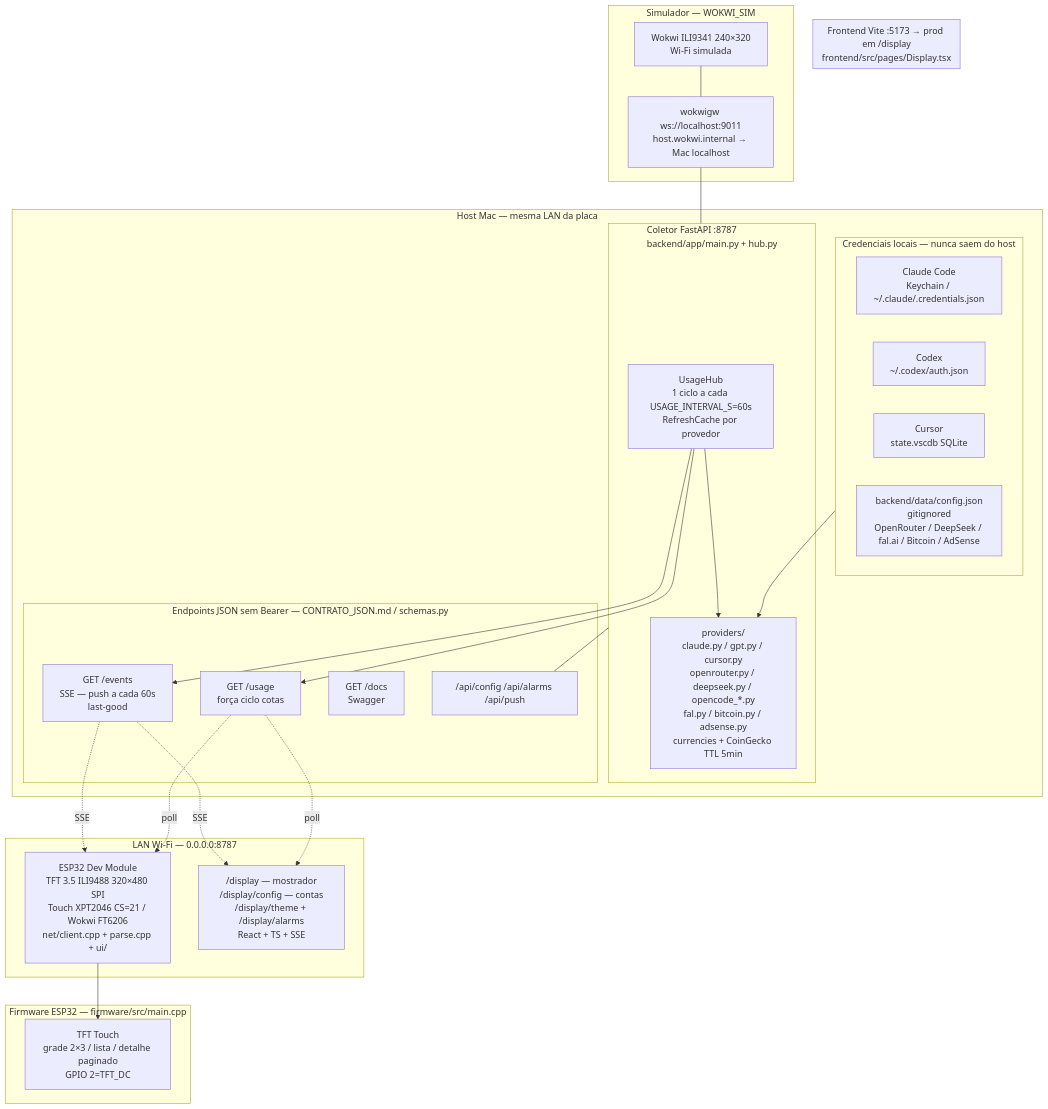
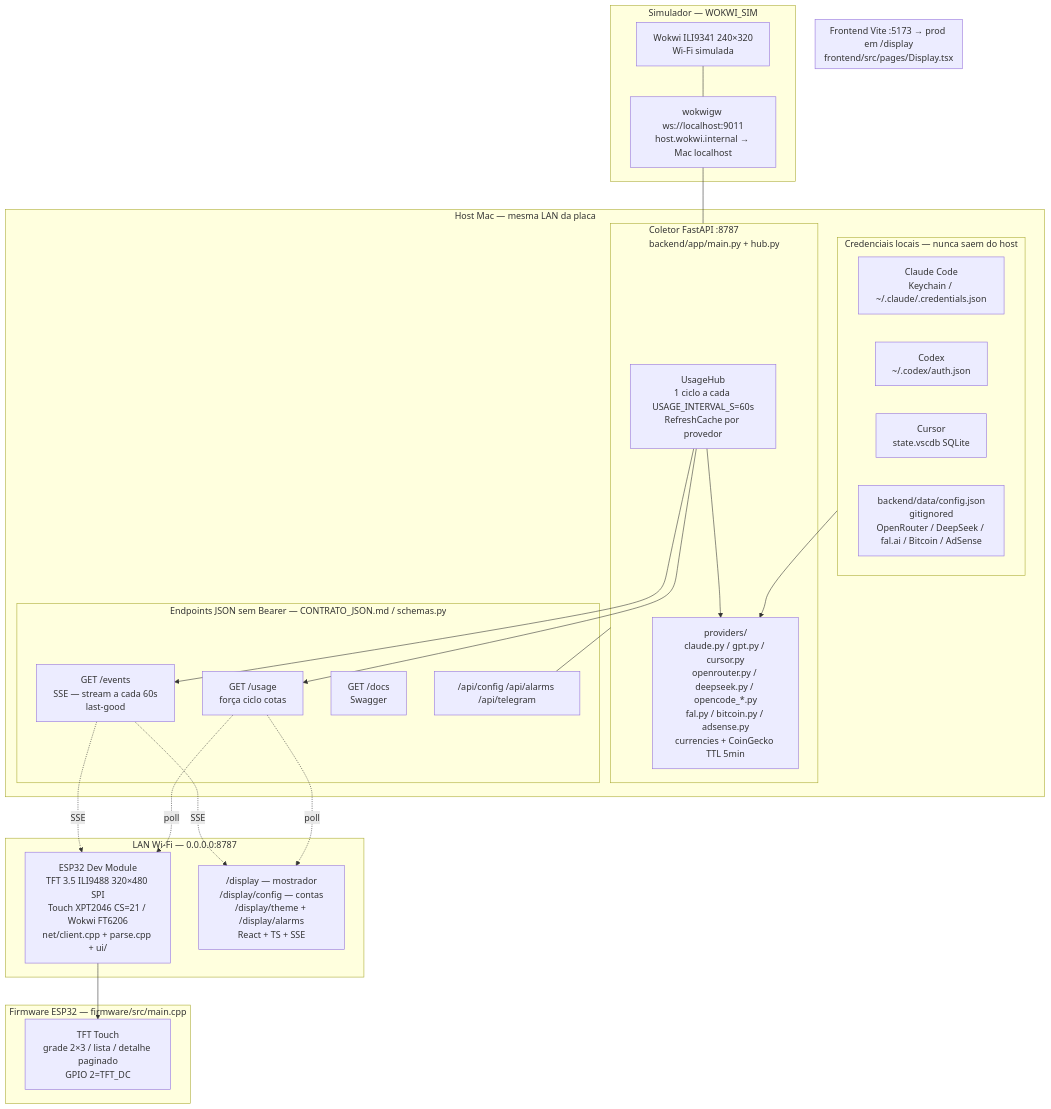
One commit to TrindadeBRA/vigia-ai changed the diagram in .agents/ARQUITETURA.md. Above: the diagram before and after it, drawn with Mermaid. The commit also changed 37 other files, not shown here.

First line of the commit message:
feat: transition from Web Push to Telegram for alarm notifications

````diff
--- a/.agents/ARQUITETURA.md
+++ b/.agents/ARQUITETURA.md
@@ -15,51 +15,51 @@
 ```mermaid
 flowchart TB
     subgraph Host["Host Mac — mesma LAN da placa"]
         subgraph Credenciais["Credenciais locais — nunca saem do host"]
             C1["Claude Code<br/>Keychain / ~/.claude/.credentials.json"]
             C2["Codex<br/>~/.codex/auth.json"]
             C3["Cursor<br/>state.vscdb SQLite"]
             C4["backend/data/config.json<br/>gitignored<br/>OpenRouter / DeepSeek / fal.ai / Bitcoin / AdSense"]
         end
 
         subgraph Coletor["Coletor FastAPI :8787<br/>backend/app/main.py + hub.py"]
             Hub["UsageHub<br/>1 ciclo a cada USAGE_INTERVAL_S=60s<br/>RefreshCache por provedor"]
             Providers["providers/<br/>claude.py / gpt.py / cursor.py<br/>openrouter.py / deepseek.py / opencode_*.py<br/>fal.py / bitcoin.py / adsense.py<br/>currencies + CoinGecko TTL 5min"]
             Hub --> Providers
         end
 
         Credenciais --> Providers
 
         subgraph Endpoints["Endpoints JSON sem Bearer — CONTRATO_JSON.md / schemas.py"]
-            E1["GET /events<br/>SSE — push a cada 60s<br/>last-good"]
+            E1["GET /events<br/>SSE — stream a cada 60s<br/>last-good"]
             E2["GET /usage<br/>força ciclo cotas"]
             E3["GET /docs<br/>Swagger"]
-            E4["/api/config /api/alarms /api/push"]
+            E4["/api/config /api/alarms /api/telegram"]
         end
         Hub --> E1 & E2
         Coletor --- E4
     end
 
     subgraph LAN["LAN Wi-Fi — 0.0.0.0:8787"]
         E1 -. SSE .-> FW
         E1 -. SSE .-> WEB
         E2 -. poll .-> FW
         E2 -. poll .-> WEB
     end
 
     subgraph Frontend["Frontend Vite :5173 → prod em /display<br/>frontend/src/pages/Display.tsx"]
         WEB["/display — mostrador<br/>/display/config — contas<br/>/display/theme + /display/alarms<br/>React + TS + SSE"]
     end
 
     subgraph Firmware["Firmware ESP32 — firmware/src/main.cpp"]
         FW["ESP32 Dev Module<br/>TFT 3.5 ILI9488 320×480 SPI<br/>Touch XPT2046 CS=21 / Wokwi FT6206<br/>net/client.cpp + parse.cpp + ui/"]
         TFT["TFT Touch<br/>grade 2×3 / lista / detalhe paginado<br/>GPIO 2=TFT_DC"]
         FW --> TFT
     end
 
     subgraph Wokwi["Simulador — WOKWI_SIM"]
         WOK["Wokwi ILI9341 240×320<br/>Wi-Fi simulada"]
         GW["wokwigw ws://localhost:9011<br/>host.wokwi.internal → Mac localhost"]
         WOK --- GW --- Coletor
     end
 ```
````
